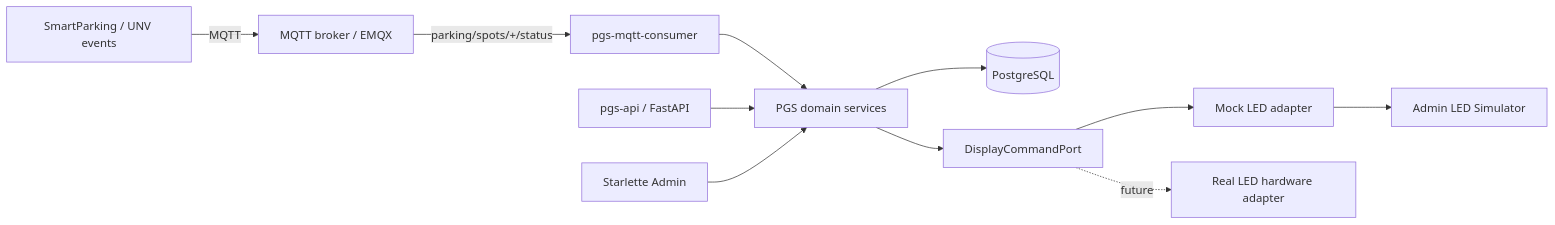
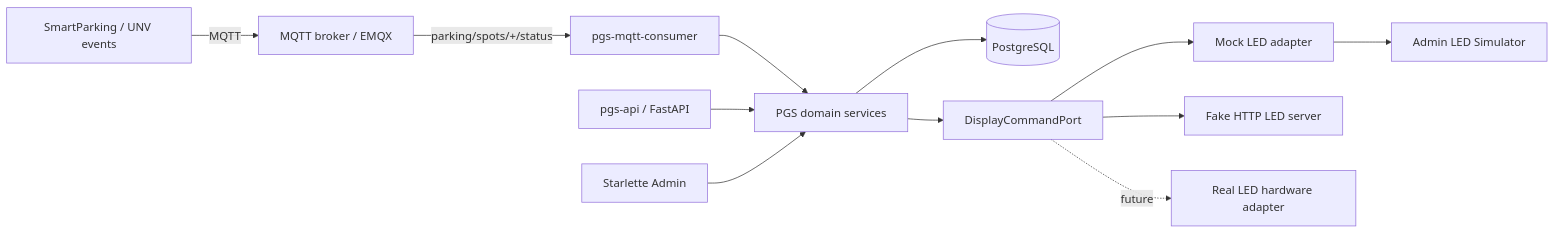
Before and after one commit to marlenovtilek/pgs: the first of 5 diagrams in README.md, drawn with Mermaid. The commit also changed other lines of this file and 30 other files, not shown here.

First line of the commit message:
Add LED device config, HTTP adapter and fake LED server

````diff
--- a/README.md
+++ b/README.md
@@ -34,13 +34,14 @@
 ```mermaid
 flowchart LR
     SmartParking[SmartParking / UNV events] -->|MQTT| MQTTBroker[MQTT broker / EMQX]
     MQTTBroker -->|parking/spots/+/status| Consumer[pgs-mqtt-consumer]
     Consumer --> Service[PGS domain services]
     API[pgs-api / FastAPI] --> Service
     Admin[Starlette Admin] --> Service
     Service --> DB[(PostgreSQL)]
     Service --> LedPort[DisplayCommandPort]
     LedPort --> MockLED[Mock LED adapter]
     MockLED --> Simulator[Admin LED Simulator]
+    LedPort --> FakeLED[Fake HTTP LED server]
     LedPort -. future .-> RealLED[Real LED hardware adapter]
 ```
````
